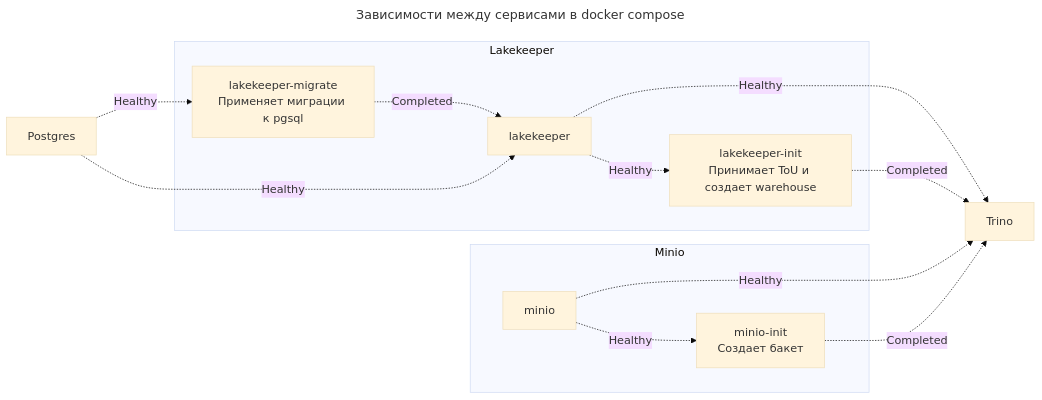
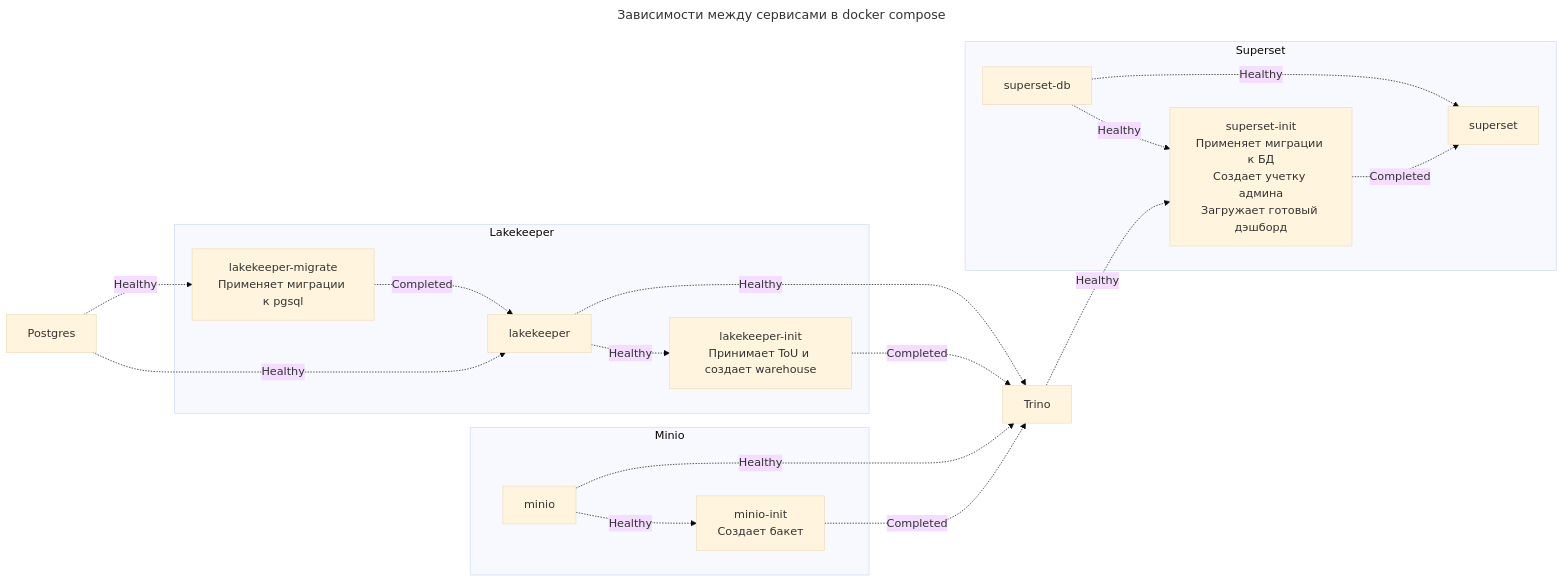
Before and after one commit to ekosachev/de-hw-1: the diagram in readme.md, drawn with Mermaid (base theme). The commit also changed other lines of this file, not shown here.

````diff
--- a/readme.md
+++ b/readme.md
@@ -48,34 +27,46 @@
 ```mermaid
 ---
 title: Зависимости между сервисами в docker compose
 ---
 flowchart LR;
 
     subgraph Minio
         minio
         minio-init[minio-init\nСоздает бакет]
 
         minio -. Healthy .-> minio-init
     end
 
     Postgres
 
     subgraph Lakekeeper
         lakekeeper-migrate[lakekeeper-migrate\nПрименяет миграции к pgsql]
         lakekeeper
         lakekeeper-init[lakekeeper-init\nПринимает ToU и создает warehouse]
 
         lakekeeper-migrate -. Completed .-> lakekeeper
         lakekeeper -. Healthy .-> lakekeeper-init
     end
 
     Trino
 
+    subgraph Superset
+        superset-db
+        superset-init[superset-init\nПрименяет миграции к БД\nСоздает учетку админа\nЗагружает готовый дэшборд]
+        superset
+
+        superset-db -. Healthy .-> superset-init
+        superset-db -. Healthy .-> superset
+        superset-init -. Completed .-> superset
+    end
+
     Postgres -. Healthy .-> lakekeeper-migrate
     Postgres -. Healthy .-> lakekeeper
 
     lakekeeper -. Healthy .-> Trino
     lakekeeper-init -. Completed .-> Trino
     minio -. Healthy .-> Trino
     minio-init -. Completed .-> Trino
+
+    Trino -. Healthy .-> superset-init
 ```
````
